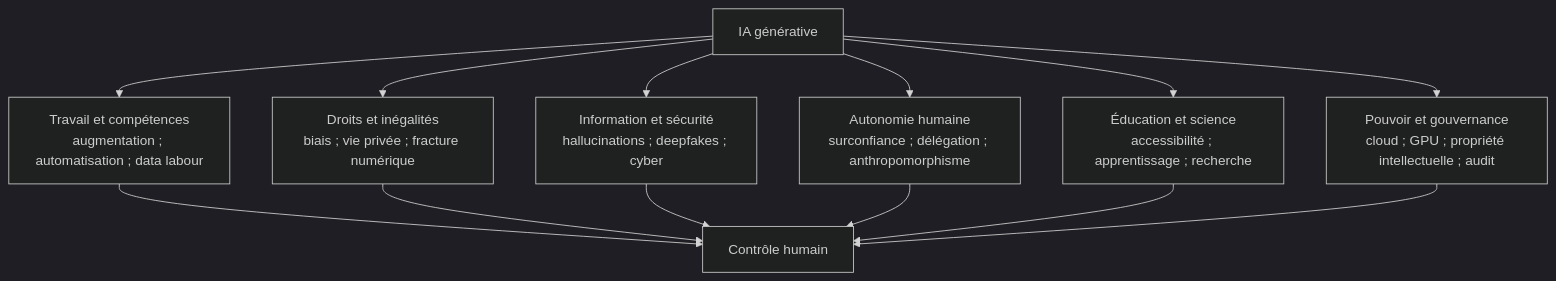
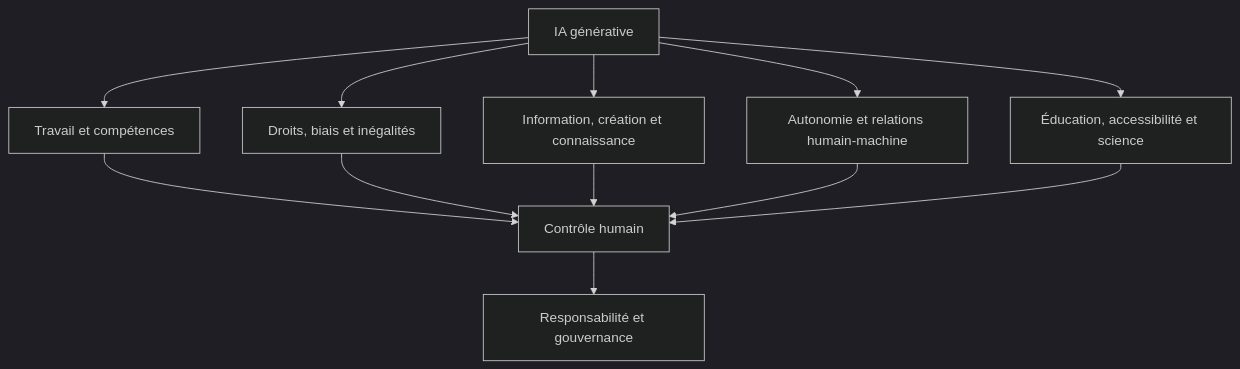
One commit to maxd4/CleanmyMap changed the diagram in documentation/plans/rapport_impact/impact_IA/03-impacts-sociaux-humains-informationnels.md. Above: the diagram before and after it, drawn with Mermaid (dark theme). The commit also changed other lines of this file and 4 other files, not shown here.

````diff
--- a/documentation/plans/rapport_impact/impact_IA/03-impacts-sociaux-humains-informationnels.md
+++ b/documentation/plans/rapport_impact/impact_IA/03-impacts-sociaux-humains-informationnels.md
@@ -32,19 +34,18 @@
 ```{mermaid}
-%%| fig-cap: "Impacts sociaux, humains, informationnels et mécanismes de gouvernance de l'IA générative"
+%%| fig-cap: "Principaux impacts sociaux, humains et informationnels de l'IA générative"
 %%| fig-width: 10
-%%| fig-height: 9
+%%| fig-height: 8
 flowchart TB
   A["IA générative"]
-  A --> B["Travail et compétences<br/>augmentation ; automatisation ; data labour"]
-  A --> C["Droits et inégalités<br/>biais ; vie privée ; fracture numérique"]
-  A --> D["Information et sécurité<br/>hallucinations ; deepfakes ; cyber"]
-  A --> E["Autonomie humaine<br/>surconfiance ; délégation ; anthropomorphisme"]
-  A --> F["Éducation et science<br/>accessibilité ; apprentissage ; recherche"]
-  A --> G["Pouvoir et gouvernance<br/>cloud ; GPU ; propriété intellectuelle ; audit"]
-  B --> H["Contrôle humain"]
-  C --> H
-  D --> H
-  E --> H
-  F --> H
-  G --> H
+  A --> B["Travail et compétences"]
+  A --> C["Droits, biais et inégalités"]
+  A --> D["Information, création et connaissance"]
+  A --> E["Autonomie et relations humain-machine"]
+  A --> F["Éducation, accessibilité et science"]
+  B --> G["Contrôle humain"]
+  C --> G
+  D --> G
+  E --> G
+  F --> G
+  G --> H["Responsabilité et gouvernance"]
 ```
````
